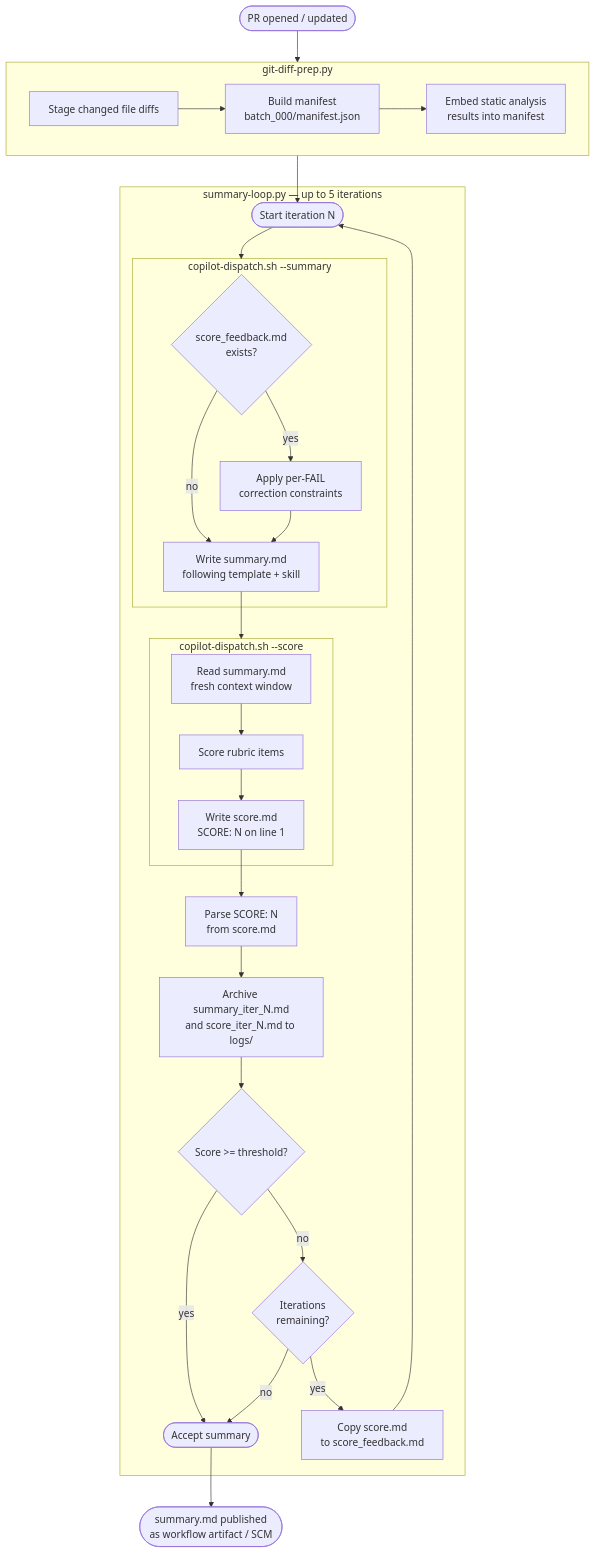
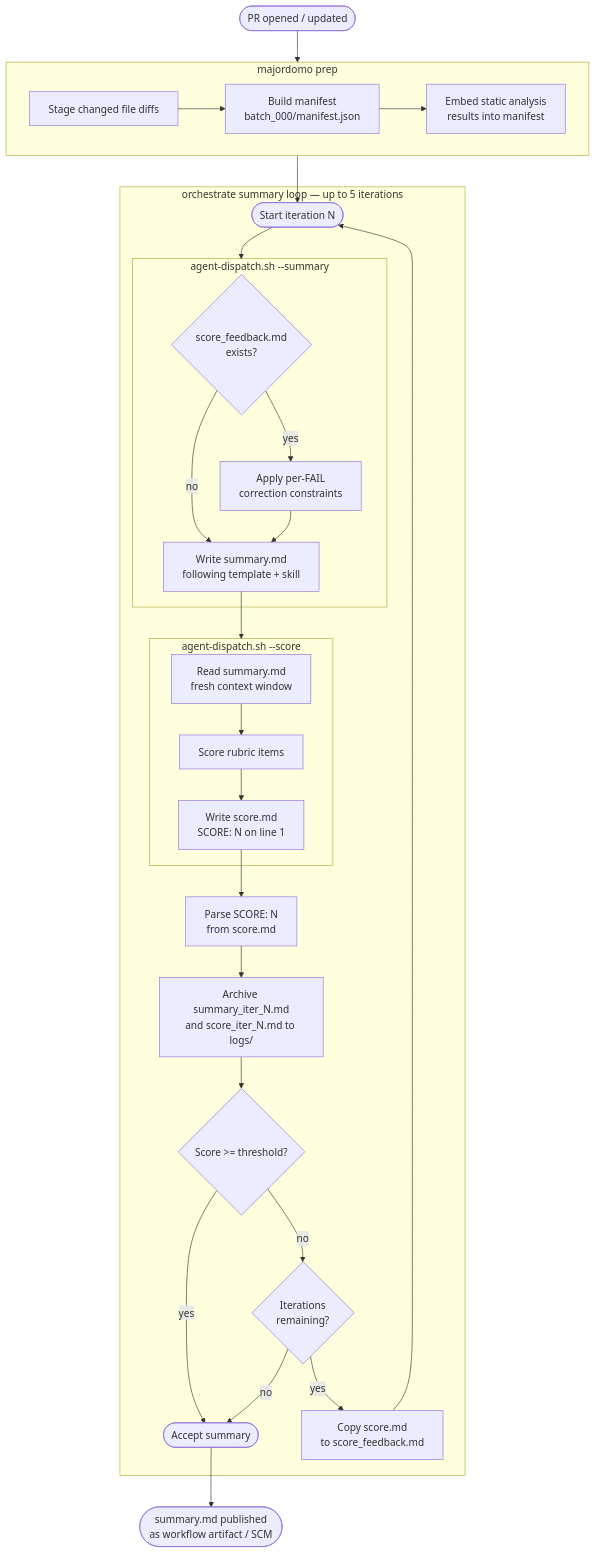
Before and after one commit to behaviorengineering/majordomo: the diagram in docs/advanced/06-pr-summary-flow.md, drawn with Mermaid. The commit also changed other lines of this file and 97 other files, not shown here.

````diff
--- a/docs/advanced/06-pr-summary-flow.md
+++ b/docs/advanced/06-pr-summary-flow.md
@@ -54,42 +54,42 @@
 ```mermaid
 graph TD
     PR([PR opened / updated]) --> PREP
 
-    subgraph PREP ["git-diff-prep.py"]
+    subgraph PREP ["majordomo prep"]
         DIFF[Stage changed file diffs] --> MANIFEST[Build manifest\nbatch_000/manifest.json]
         MANIFEST --> SA[Embed static analysis\nresults into manifest]
     end
 
     PREP --> LOOP_START
 
-    subgraph LOOP ["summary-loop.py  —  up to 5 iterations"]
+    subgraph LOOP ["orchestrate summary loop  —  up to 5 iterations"]
         LOOP_START([Start iteration N]) --> GENERATE
 
-        subgraph GENERATE ["copilot-dispatch.sh --summary"]
+        subgraph GENERATE ["agent-dispatch.sh --summary"]
             READ_FEEDBACK{score_feedback.md\nexists?}
             READ_FEEDBACK -- yes --> APPLY[Apply per-FAIL\ncorrection constraints]
             READ_FEEDBACK -- no --> WRITE
             APPLY --> WRITE[Write summary.md\nfollowing template + skill]
         end
 
         WRITE --> SCORE
 
-        subgraph SCORE ["copilot-dispatch.sh --score"]
+        subgraph SCORE ["agent-dispatch.sh --score"]
             READ_SUMMARY[Read summary.md\nfresh context window]
             READ_SUMMARY --> RUBRIC[Score rubric items]
             RUBRIC --> WRITE_SCORE[Write score.md\nSCORE: N on line 1]
         end
 
         WRITE_SCORE --> PARSE[Parse SCORE: N\nfrom score.md]
         PARSE --> ARCHIVE[Archive summary_iter_N.md\nand score_iter_N.md to logs/]
         ARCHIVE --> THRESHOLD{Score >= threshold?}
 
         THRESHOLD -- yes --> ACCEPT([Accept summary])
         THRESHOLD -- no --> MORE{Iterations\nremaining?}
         MORE -- yes --> FEEDBACK[Copy score.md\nto score_feedback.md]
         FEEDBACK --> LOOP_START
         MORE -- no --> ACCEPT
     end
 
     ACCEPT --> ARTIFACT([summary.md published\nas workflow artifact / SCM])
 ```
````
